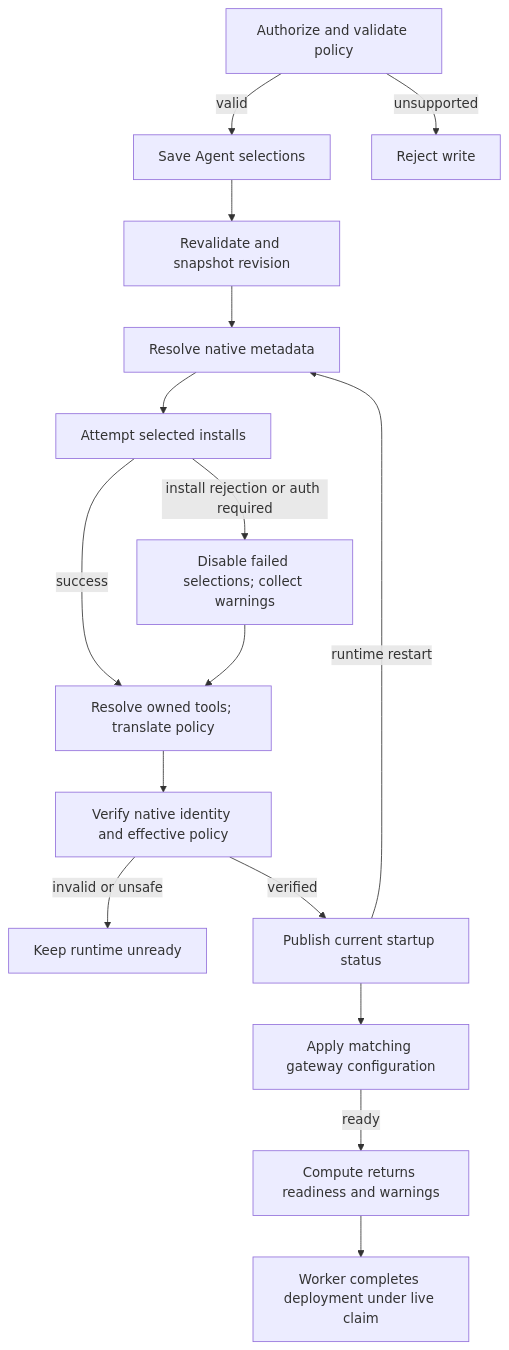
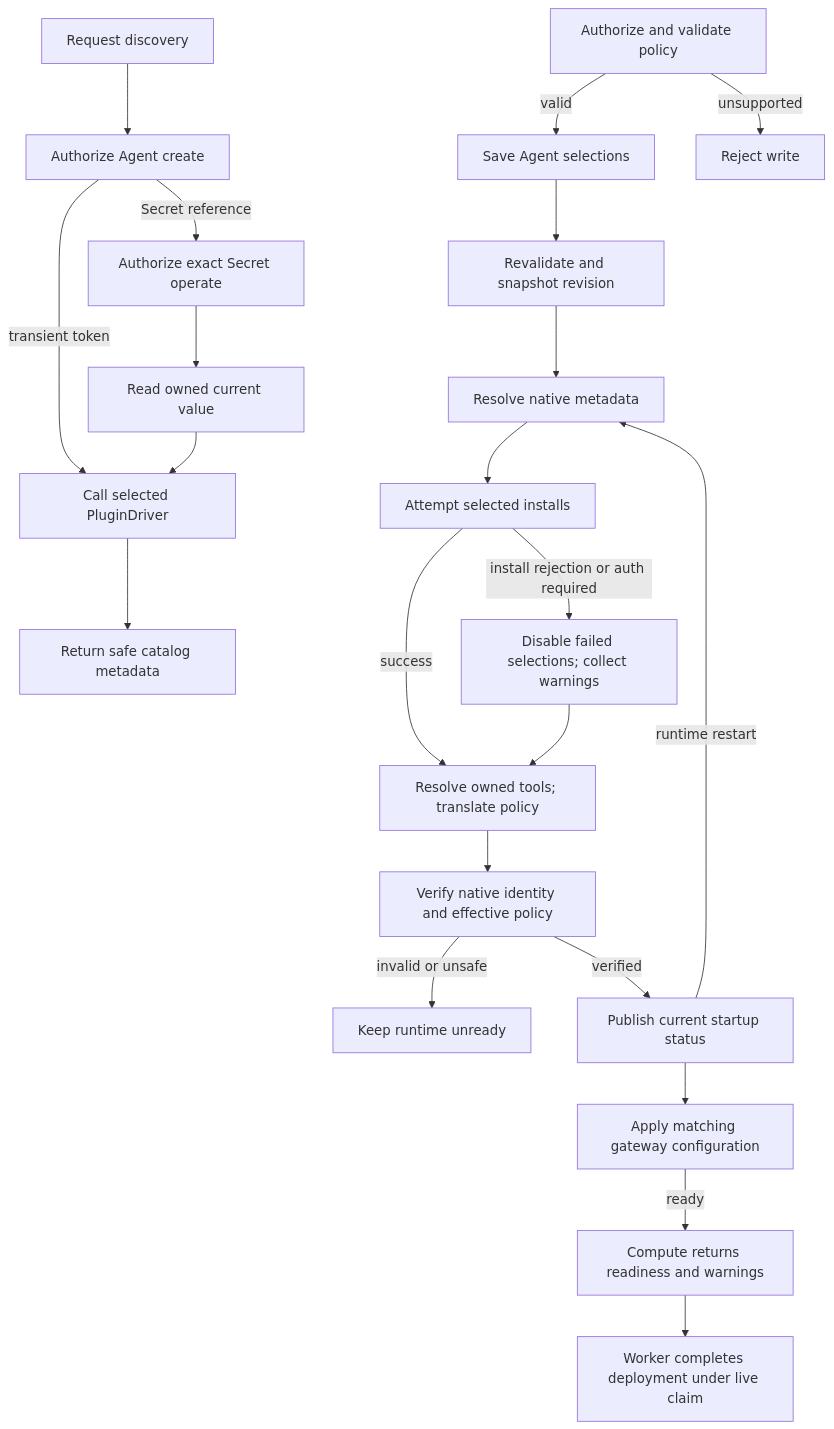
The diagram in docs/flows/agent-plugins.md (IsaiahStapleton/openclaw-enterprise), drawn with Mermaid before and after one commit. The commit also changed other lines of this file and 18 other files, not shown here.

Commit message:
Use selected Secrets for plugin discovery

````diff
--- a/docs/flows/agent-plugins.md
+++ b/docs/flows/agent-plugins.md
@@ -34,18 +31,24 @@
 ```mermaid
 graph TD
+  D0["Request discovery"] --> D1["Authorize Agent create"]
+  D1 -->|Secret reference| D2["Authorize exact Secret operate"]
+  D2 --> D3["Read owned current value"]
+  D1 -->|transient token| D4["Call selected PluginDriver"]
+  D3 --> D4
+  D4 --> D5["Return safe catalog metadata"]
   A["Authorize and validate policy"] -->|valid| S["Save Agent selections"]
   A -->|unsupported| Y["Reject write"]
   S --> B["Revalidate and snapshot revision"]
   B --> C["Resolve native metadata"]
   C --> D["Attempt selected installs"]
   D -->|install rejection or auth required| E["Disable failed selections; collect warnings"]
   D -->|success| T["Resolve owned tools; translate policy"]
   E --> T
   T --> F["Verify native identity and effective policy"]
   F -->|invalid or unsafe| X["Keep runtime unready"]
   F -->|verified| G["Publish current startup status"]
   G --> H["Apply matching gateway configuration"]
   H -->|ready| I["Compute returns readiness and warnings"]
   I --> J["Worker completes deployment under live claim"]
   G -->|runtime restart| C
 ```
````
